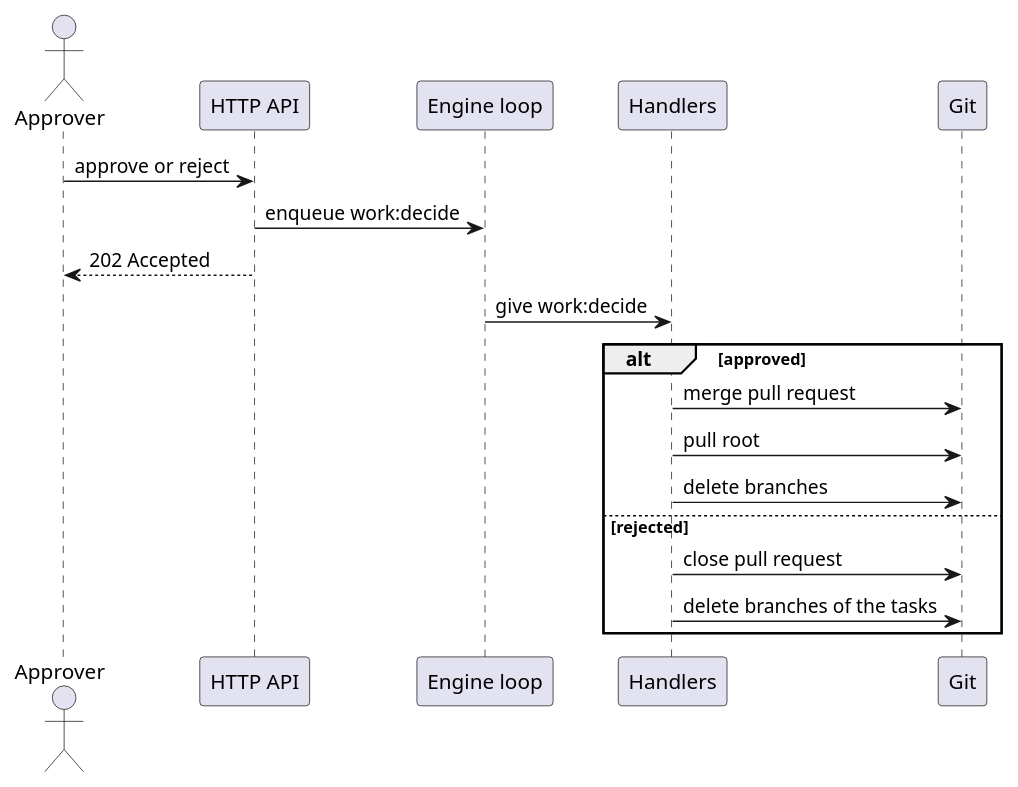
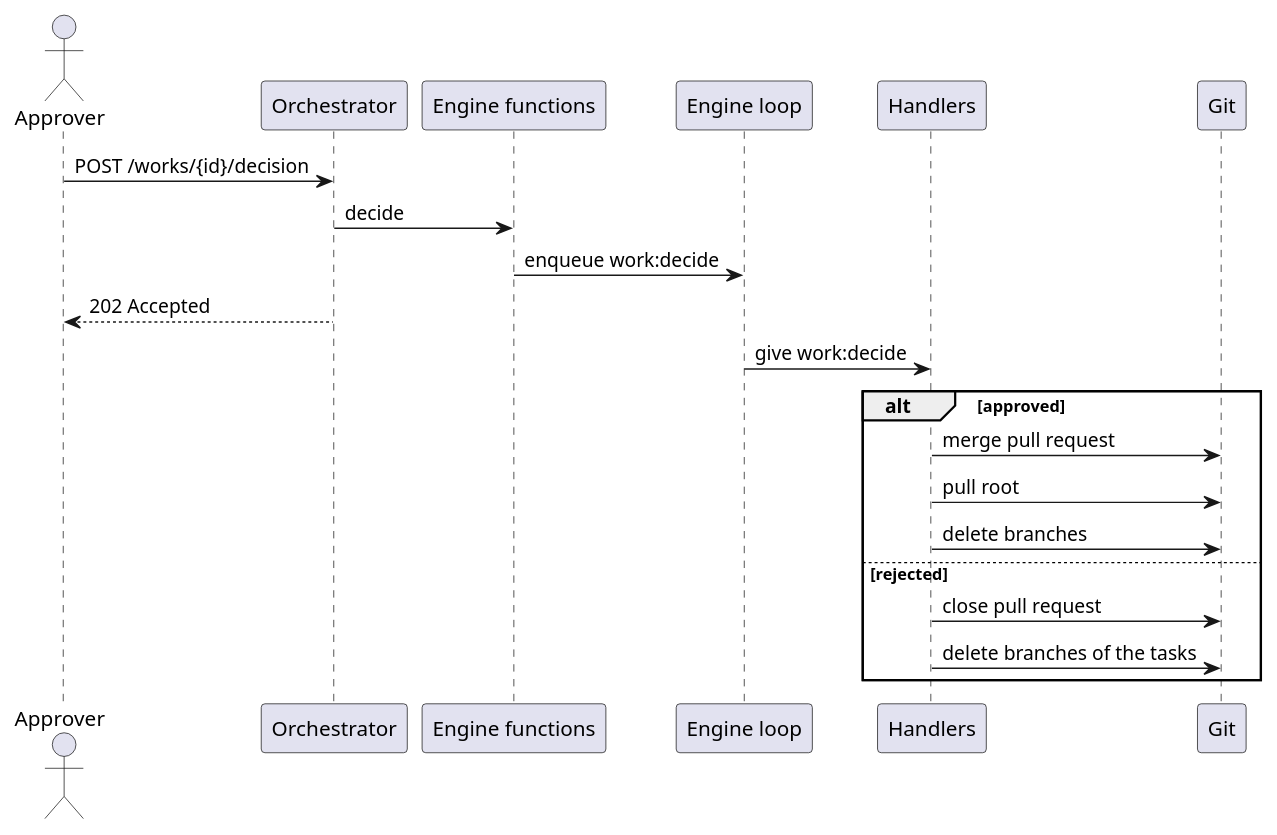
The second of 4 diagrams in docs/06_runtime/action-flow.md (longlh/superteam), drawn with PlantUML before and after one commit. The commit also changed other lines of this file and 30 other files, not shown here.

````diff
--- a/docs/06_runtime/action-flow.md
+++ b/docs/06_runtime/action-flow.md
@@ -114,22 +128,24 @@
 ```plantuml
 @startuml
 actor Approver
-participant "HTTP API" as API
+participant "Orchestrator" as Orch
+participant "Engine functions" as Fn
 participant "Engine loop" as EL
 participant "Handlers" as Handler
 participant Git
 
-Approver -> API : approve or reject
-API -> EL : enqueue work:decide
-API --> Approver : 202 Accepted
+Approver -> Orch : POST /works/{id}/decision
+Orch -> Fn : decide
+Fn -> EL : enqueue work:decide
+Orch --> Approver : 202 Accepted
 EL -> Handler : give work:decide
 alt approved
   Handler -> Git : merge pull request
   Handler -> Git : pull root
   Handler -> Git : delete branches
 else rejected
   Handler -> Git : close pull request
   Handler -> Git : delete branches of the tasks
 end
 @enduml
 ```
````
